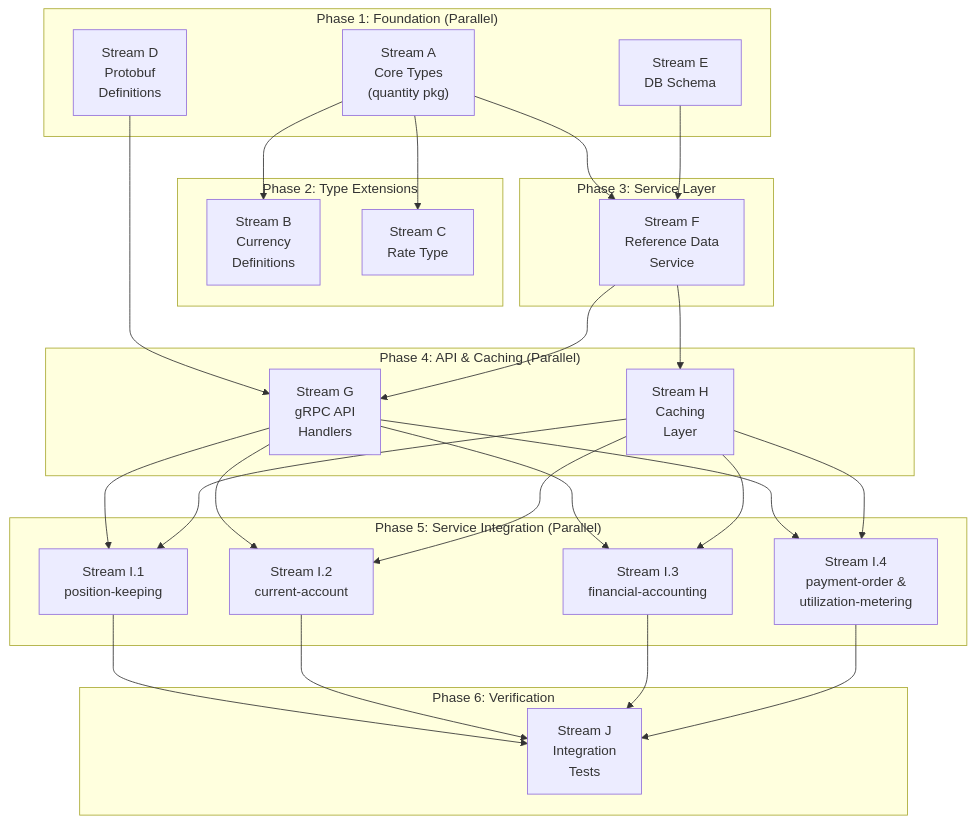
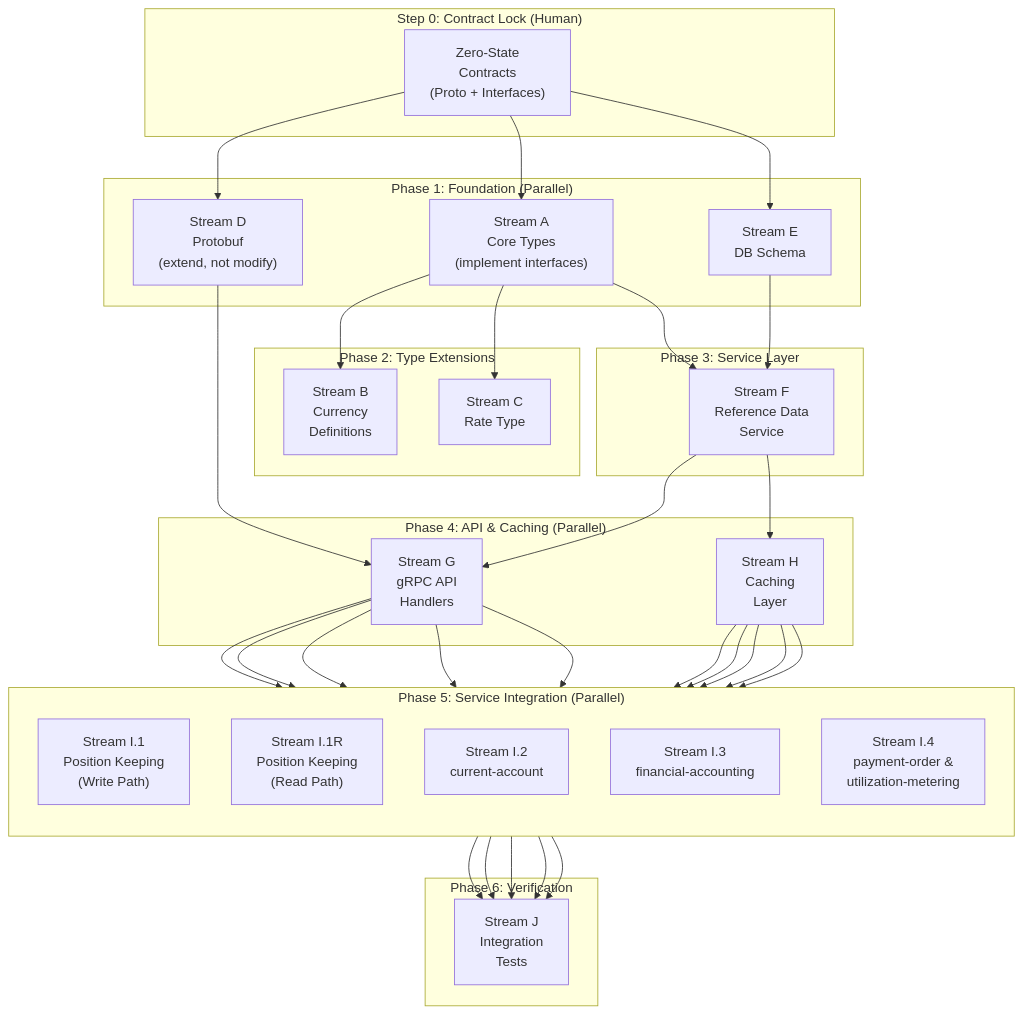
The second of 2 diagrams in docs/prd/universal-asset-system.md (meridianhub/meridian), drawn with Mermaid before and after one commit. The commit also changed other lines of this file, not shown here.

````diff
--- a/docs/prd/universal-asset-system.md
+++ b/docs/prd/universal-asset-system.md
@@ -551,53 +871,65 @@
 ```mermaid
 flowchart TB
+    subgraph Step0["Step 0: Contract Lock (Human)"]
+        Z["Zero-State<br/>Contracts<br/>(Proto + Interfaces)"]
+    end
+
     subgraph Foundation["Phase 1: Foundation (Parallel)"]
-        A["Stream A<br/>Core Types<br/>(quantity pkg)"]
-        D["Stream D<br/>Protobuf<br/>Definitions"]
+        A["Stream A<br/>Core Types<br/>(implement interfaces)"]
+        D["Stream D<br/>Protobuf<br/>(extend, not modify)"]
         E["Stream E<br/>DB Schema"]
     end
 
     subgraph TypeExt["Phase 2: Type Extensions"]
         B["Stream B<br/>Currency<br/>Definitions"]
         C["Stream C<br/>Rate Type"]
     end
 
     subgraph Service["Phase 3: Service Layer"]
         F["Stream F<br/>Reference Data<br/>Service"]
     end
 
     subgraph API["Phase 4: API & Caching (Parallel)"]
         G["Stream G<br/>gRPC API<br/>Handlers"]
         H["Stream H<br/>Caching<br/>Layer"]
     end
 
     subgraph Integration["Phase 5: Service Integration (Parallel)"]
-        I1["Stream I.1<br/>position-keeping"]
+        direction TB
+        I1["Stream I.1<br/>Position Keeping<br/>(Write Path)"]
+        I1R["Stream I.1R<br/>Position Keeping<br/>(Read Path)"]
         I2["Stream I.2<br/>current-account"]
         I3["Stream I.3<br/>financial-accounting"]
         I4["Stream I.4<br/>payment-order &<br/>utilization-metering"]
     end
 
     subgraph Final["Phase 6: Verification"]
         J["Stream J<br/>Integration<br/>Tests"]
     end
 
+    Z --> A
+    Z --> D
+    Z --> E
     A --> B
     A --> C
     A --> F
     D --> G
     E --> F
     F --> G
     F --> H
     G --> I1
+    G --> I1R
     G --> I2
     G --> I3
     G --> I4
     H --> I1
+    H --> I1R
     H --> I2
     H --> I3
     H --> I4
     I1 --> J
+    I1R --> J
     I2 --> J
     I3 --> J
     I4 --> J
 ```
````
